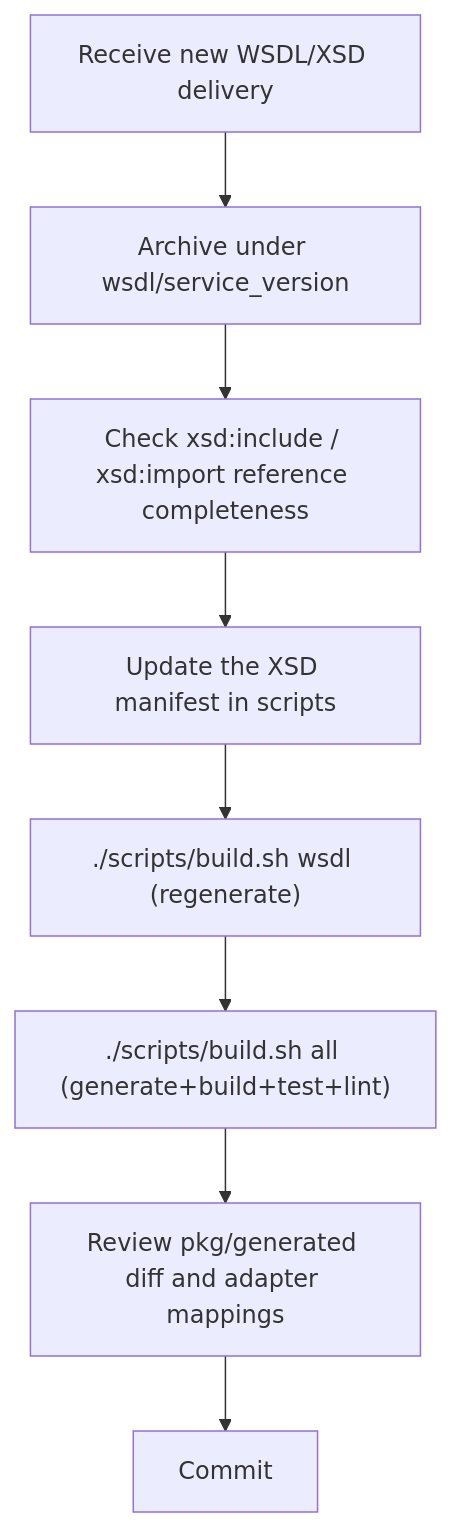
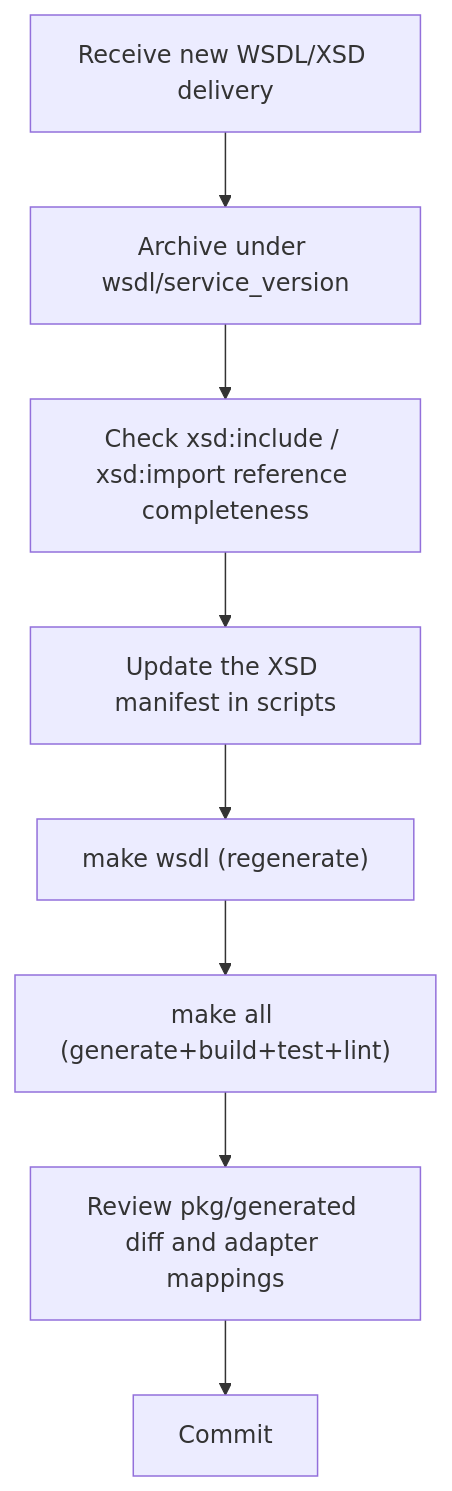
One commit to shuiyihan12/uapi-go changed the fourth of 4 diagrams in docs/architecture.md. Above: the diagram before and after it, drawn with Mermaid. The commit also changed other lines of this file and 13 other files, not shown here.

````diff
--- a/docs/architecture.md
+++ b/docs/architecture.md
@@ -297,10 +297,10 @@
 ```mermaid
 flowchart TD
     A["Receive new WSDL/XSD delivery"] --> B["Archive under wsdl/service_version"]
     B --> C["Check xsd:include / xsd:import reference completeness"]
     C --> D["Update the XSD manifest in scripts"]
-    D --> E["./scripts/build.sh wsdl (regenerate)"]
-    E --> F["./scripts/build.sh all (generate+build+test+lint)"]
+    D --> E["make wsdl (regenerate)"]
+    E --> F["make all (generate+build+test+lint)"]
     F --> G["Review pkg/generated diff and adapter mappings"]
     G --> H["Commit"]
 ```
````
